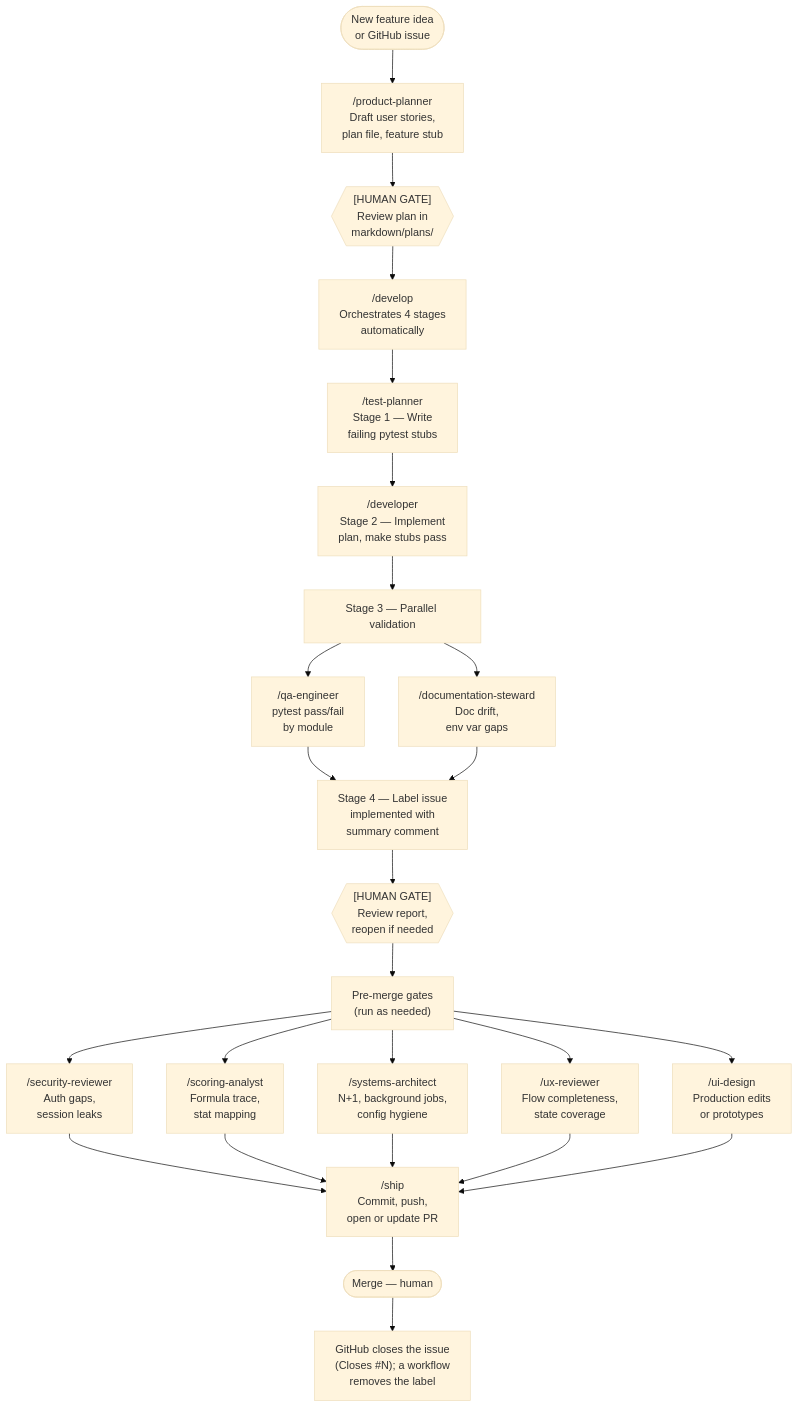
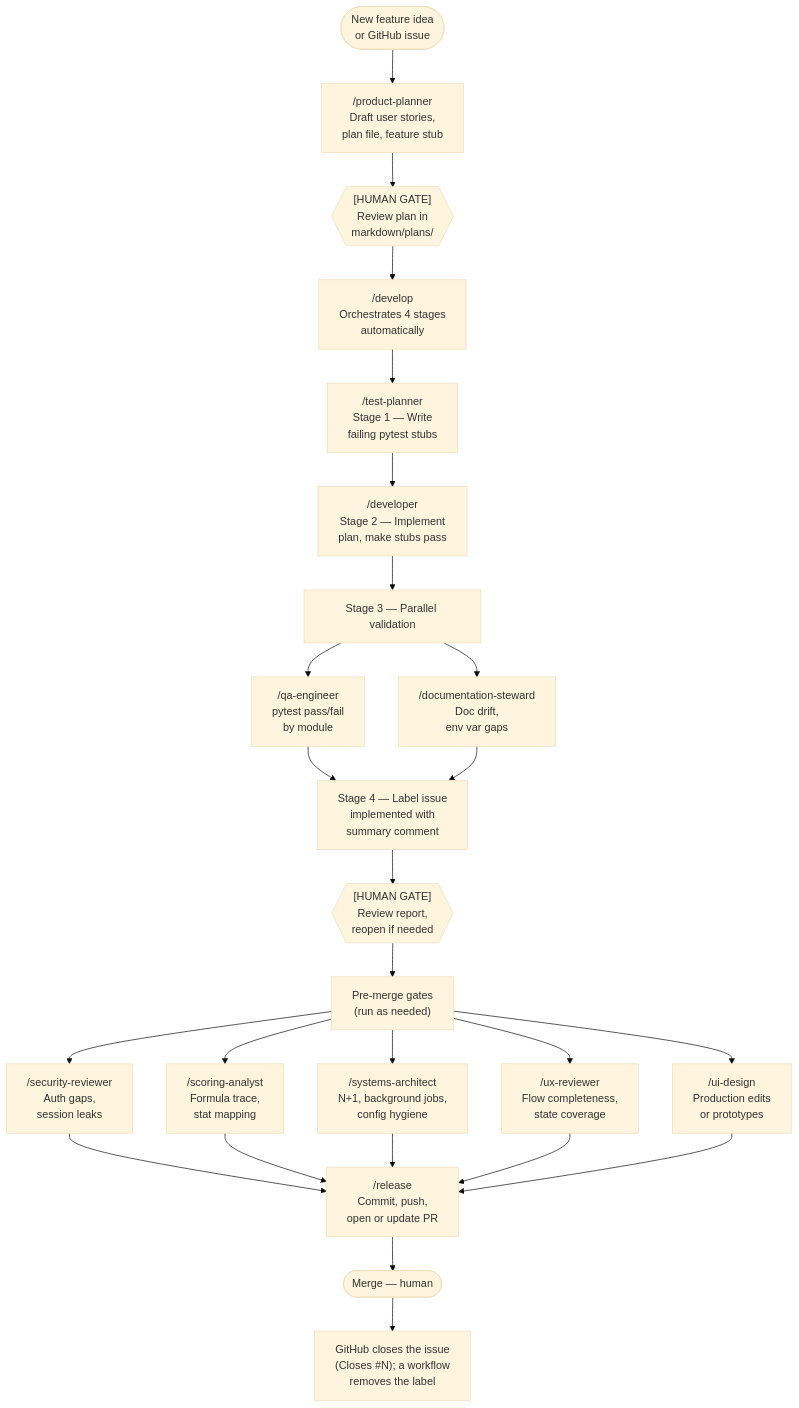
One commit to ville-solja/FantasyLeague changed the diagram in .claude/commands/README.md. Above: the diagram before and after it, drawn with Mermaid (base theme). The commit also changed other lines of this file and 39 other files, not shown here.

````diff
--- a/.claude/commands/README.md
+++ b/.claude/commands/README.md
@@ -20,64 +20,64 @@
 ```mermaid
 flowchart TD
     IDEA([New feature idea\nor GitHub issue])
 
     PLAN["/product-planner\nDraft user stories,\nplan file, feature stub"]
 
     REVIEW_PLAN{{"[HUMAN GATE]\nReview plan in\nmarkdown/plans/"}}
 
     DEVELOP["/develop\nOrchestrates 4 stages\nautomatically"]
 
     STUBS["/test-planner\nStage 1 — Write\nfailing pytest stubs"]
 
     IMPL["/developer\nStage 2 — Implement\nplan, make stubs pass"]
 
     VALID["Stage 3 — Parallel validation"]
 
     QA["/qa-engineer\npytest pass/fail\nby module"]
 
     DOCS["/documentation-steward\nDoc drift,\nenv var gaps"]
 
     CLOSE["Stage 4 — Label issue\nimplemented with\nsummary comment"]
 
     REVIEW_CODE{{"[HUMAN GATE]\nReview report,\nreopen if needed"}}
 
     GATES["Pre-merge gates\n(run as needed)"]
 
     SEC["/security-reviewer\nAuth gaps,\nsession leaks"]
 
     SCORE["/scoring-analyst\nFormula trace,\nstat mapping"]
 
     ARCH["/systems-architect\nN+1, background jobs,\nconfig hygiene"]
 
     UX["/ux-reviewer\nFlow completeness,\nstate coverage"]
 
     UI["/ui-design\nProduction edits\nor prototypes"]
 
-    SHIP["/ship\nCommit, push,\nopen or update PR"]
+    SHIP["/release\nCommit, push,\nopen or update PR"]
 
     MERGE([Merge — human])
 
     SHIPCLOSE["GitHub closes the issue\n(Closes #N); a workflow\nremoves the label"]
 
     IDEA --> PLAN
     PLAN --> REVIEW_PLAN
     REVIEW_PLAN --> DEVELOP
     DEVELOP --> STUBS --> IMPL --> VALID
     VALID --> QA
     VALID --> DOCS
     QA --> CLOSE
     DOCS --> CLOSE
     CLOSE --> REVIEW_CODE
     REVIEW_CODE --> GATES
     GATES --> SEC
     GATES --> SCORE
     GATES --> ARCH
     GATES --> UX
     GATES --> UI
     SEC --> SHIP
     SCORE --> SHIP
     ARCH --> SHIP
     UX --> SHIP
     UI --> SHIP
     SHIP --> MERGE --> SHIPCLOSE
 ```
````
